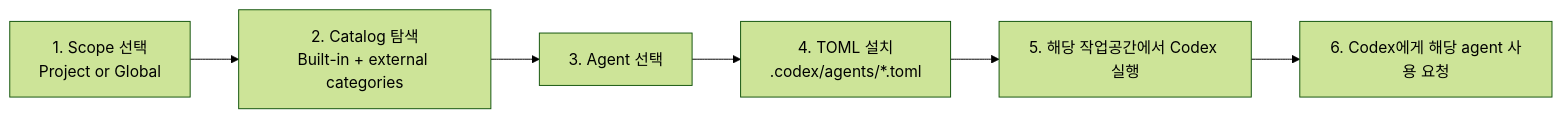
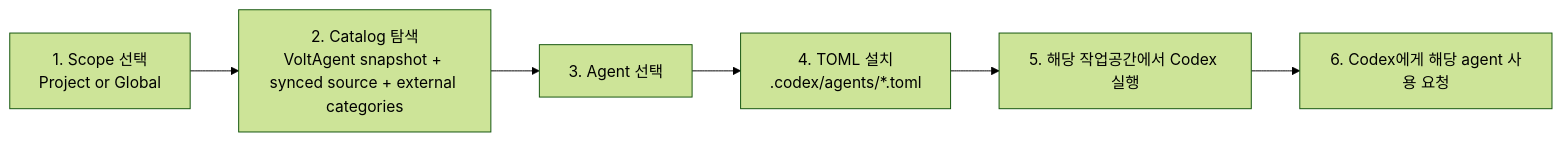
The first of 2 diagrams in docs/UNDERSTANDING_AND_WORKFLOW.ko.md (17-sss/codex-subagent-kit), drawn with Mermaid (forest theme) before and after one commit. The commit also changed other lines of this file and 174 other files, not shown here.

````diff
--- a/docs/UNDERSTANDING_AND_WORKFLOW.ko.md
+++ b/docs/UNDERSTANDING_AND_WORKFLOW.ko.md
@@ -53,11 +55,11 @@
 ```mermaid
 flowchart LR
     A["1. Scope 선택<br/>Project or Global"]
-    B["2. Catalog 탐색<br/>Built-in + external categories"]
+    B["2. Catalog 탐색<br/>VoltAgent snapshot + synced source + external categories"]
     C["3. Agent 선택"]
     D["4. TOML 설치<br/>.codex/agents/*.toml"]
     E["5. 해당 작업공간에서 Codex 실행"]
     F["6. Codex에게 해당 agent 사용 요청"]
 
     A --> B --> C --> D --> E --> F
 ```
````
